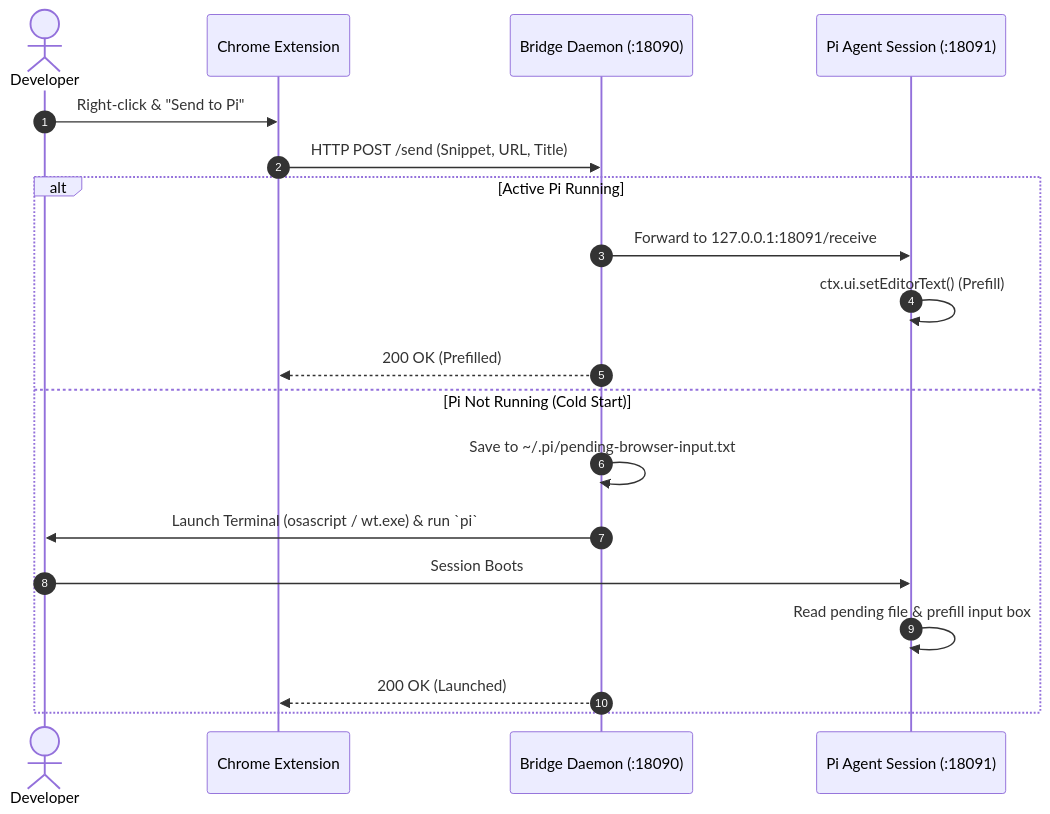
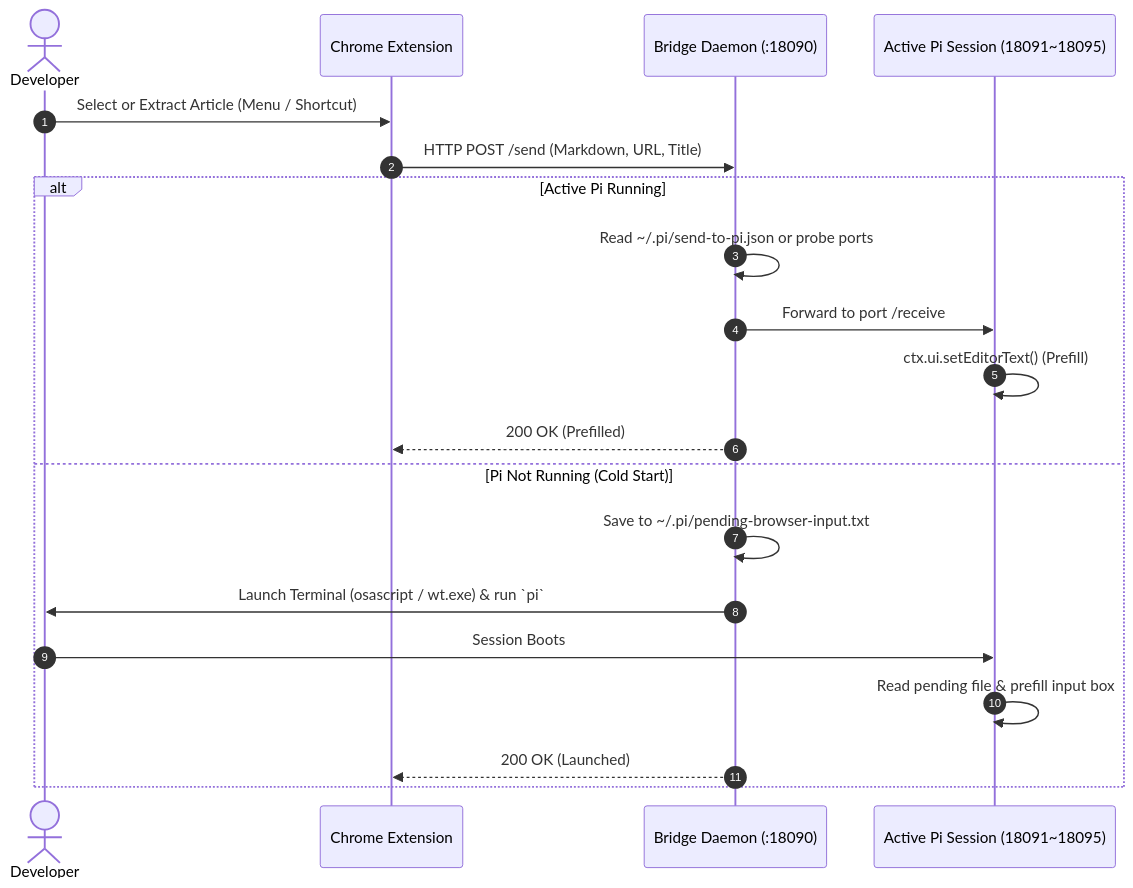
Before and after one commit to Wude-m/send-to-pi: the diagram in README.md, drawn with Mermaid. The commit also changed other lines of this file and 7 other files, not shown here.

Commit message:
feat: release v1.1.0 with markdown selection, article mode, and dynamic ports

````diff
--- a/README.md
+++ b/README.md
@@ -35,22 +39,23 @@
 ```mermaid
 sequenceDiagram
     autonumber
     actor User as Developer
     participant Browser as Chrome Extension
     participant Bridge as Bridge Daemon (:18090)
-    participant Pi as Pi Agent Session (:18091)
+    participant Pi as Active Pi Session (18091~18095)
 
-    User->>Browser: Right-click & "Send to Pi"
-    Browser->>Bridge: HTTP POST /send (Snippet, URL, Title)
+    User->>Browser: Select or Extract Article (Menu / Shortcut)
+    Browser->>Bridge: HTTP POST /send (Markdown, URL, Title)
     alt Active Pi Running
-        Bridge->>Pi: Forward to 127.0.0.1:18091/receive
+        Bridge->>Bridge: Read ~/.pi/send-to-pi.json or probe ports
+        Bridge->>Pi: Forward to port /receive
         Pi->>Pi: ctx.ui.setEditorText() (Prefill)
         Bridge-->>Browser: 200 OK (Prefilled)
     else Pi Not Running (Cold Start)
         Bridge->>Bridge: Save to ~/.pi/pending-browser-input.txt
         Bridge->>User: Launch Terminal (osascript / wt.exe) & run `pi`
         User->>Pi: Session Boots
         Pi->>Pi: Read pending file & prefill input box
         Bridge-->>Browser: 200 OK (Launched)
     end
 ```
````
